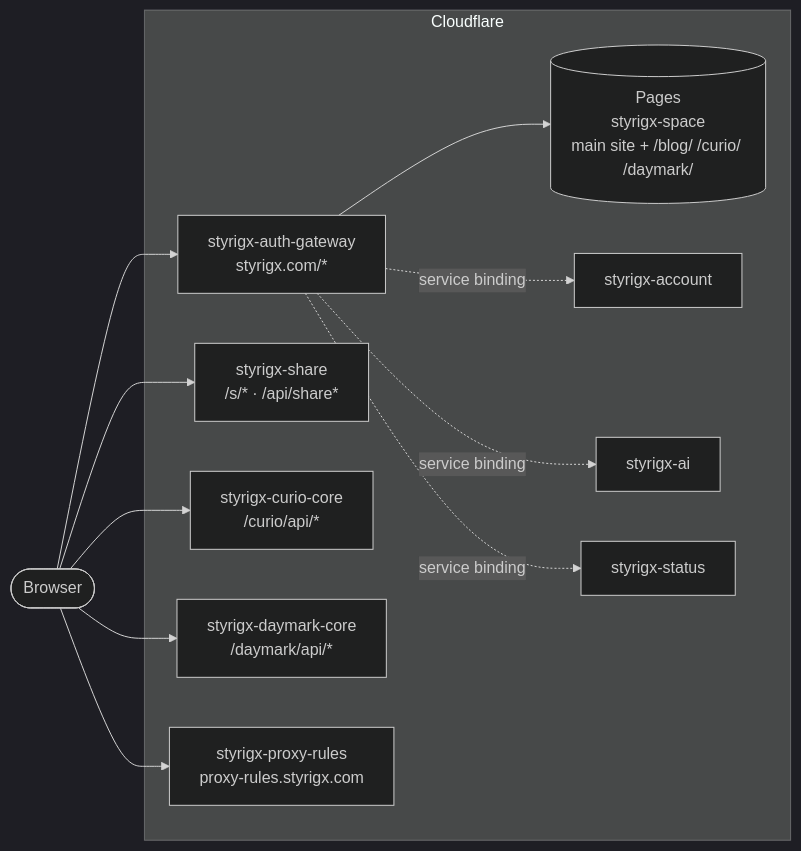
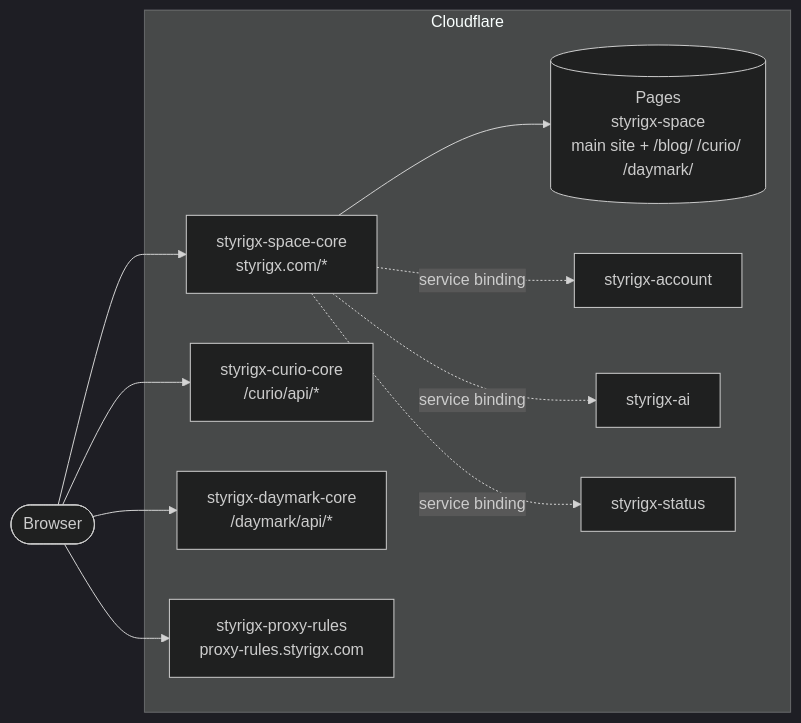
Before and after one commit to styrigx/styrigx-space: the diagram in README.en.md, drawn with Mermaid (dark theme). The commit also changed other lines of this file and 339 other files, not shown here.

First line of the commit message:
refactor(space): 进站 v3 L2——后端改名 styrigx-space-core，share 并入 core (#337)

````diff
--- a/README.en.md
+++ b/README.en.md
@@ -72,19 +72,17 @@
 ```mermaid
 flowchart LR
   V([Browser]) --> GW
   subgraph CF[Cloudflare]
-    GW[styrigx-auth-gateway<br/>styrigx.com/*]
-    SH[styrigx-share<br/>/s/* · /api/share*]
+    GW[styrigx-space-core<br/>styrigx.com/*]
     CC[styrigx-curio-core<br/>/curio/api/*]
     DC[styrigx-daymark-core<br/>/daymark/api/*]
     GW --> P1[(Pages<br/>styrigx-space<br/>main site + /blog/ /curio/ /daymark/)]
     GW -. service binding .-> AC[styrigx-account]
     GW -. service binding .-> AI[styrigx-ai]
     GW -. service binding .-> ST[styrigx-status]
     PR[styrigx-proxy-rules<br/>proxy-rules.styrigx.com]
   end
-  V --> SH
   V --> CC
   V --> DC
   V --> PR
 ```
````
